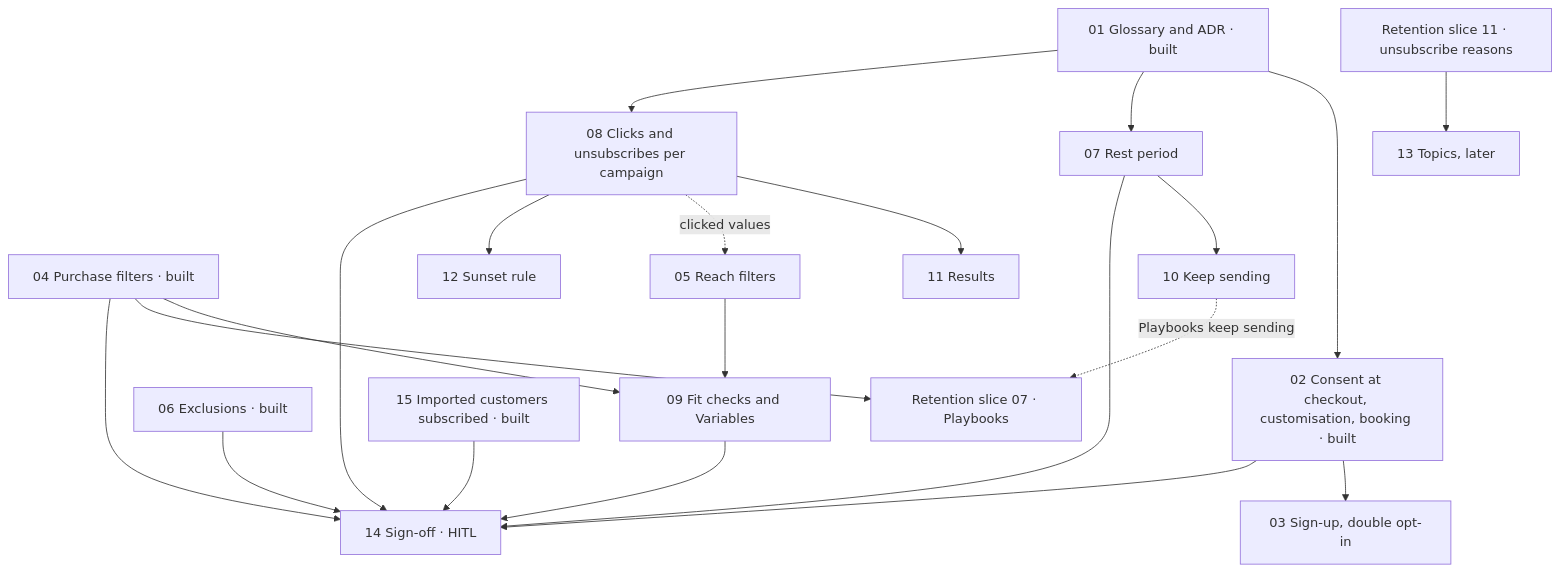
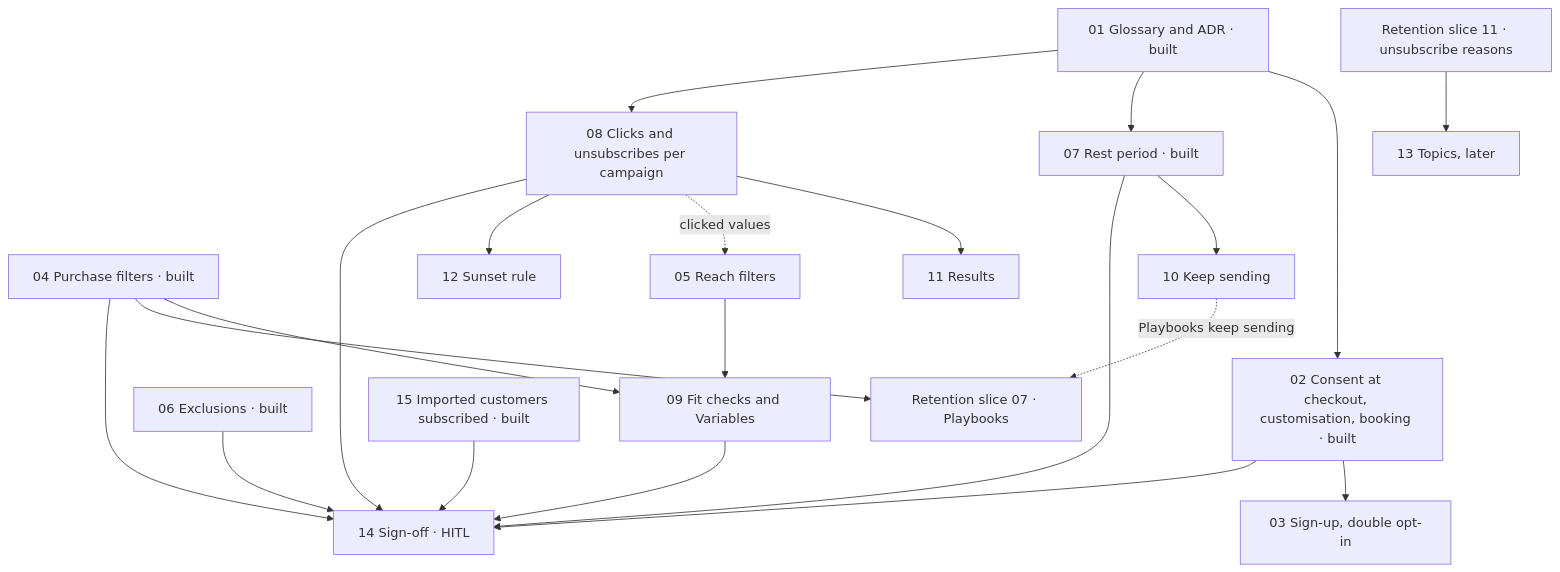
The diagram in .claude/PRD-campaign-audiences/issues/README.md (ivanyeors/mp), drawn with Mermaid before and after one commit. The commit also changed other lines of this file and 21 other files, not shown here.

````diff
--- a/.claude/PRD-campaign-audiences/issues/README.md
+++ b/.claude/PRD-campaign-audiences/issues/README.md
@@ -34,39 +34,39 @@
 ```mermaid
 graph TD
   s01[01 Glossary and ADR · built]
   s02[02 Consent at checkout, customisation, booking · built]
   s03[03 Sign-up, double opt-in]
   s04[04 Purchase filters · built]
   s05[05 Reach filters]
   s06[06 Exclusions · built]
-  s07[07 Rest period]
+  s07[07 Rest period · built]
   s08[08 Clicks and unsubscribes per campaign]
   s09[09 Fit checks and Variables]
   s10[10 Keep sending]
   s11[11 Results]
   s12[12 Sunset rule]
   s13[13 Topics, later]
   s14[14 Sign-off · HITL]
   s15[15 Imported customers subscribed · built]
   r07[Retention slice 07 · Playbooks]
   r11[Retention slice 11 · unsubscribe reasons]
 
   s15 --> s14
   s01 --> s02 --> s03
   s01 --> s07 --> s10
   s01 --> s08
   s08 --> s11
   s08 -. clicked values .-> s05
   s08 --> s12
   s04 --> s09
   s05 --> s09
   s04 --> r07
   s10 -. Playbooks keep sending .-> r07
   r11 --> s13
   s02 --> s14
   s04 --> s14
   s06 --> s14
   s07 --> s14
   s08 --> s14
   s09 --> s14
 ```
````
